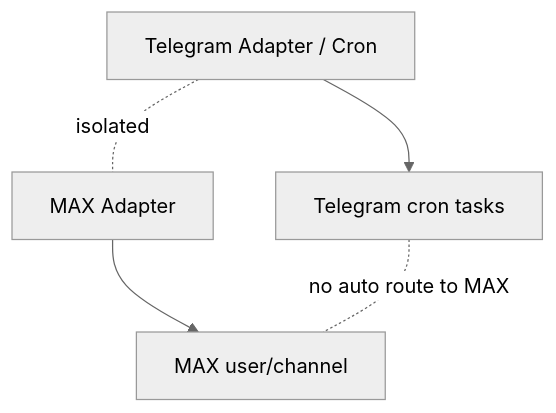
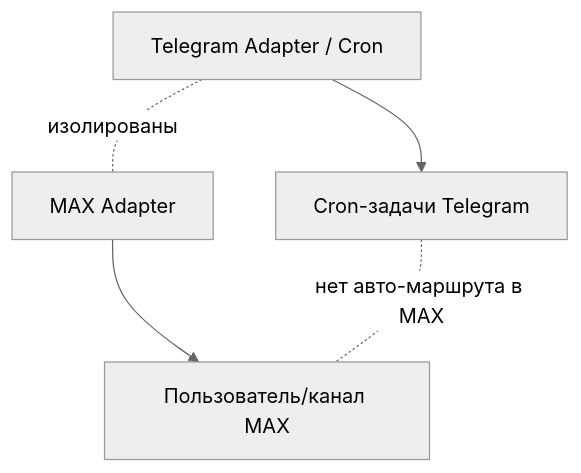
The second of 2 diagrams in README.md (pavelvladimirovich258614-sys/max_hermes_agent_new), drawn with Mermaid (neutral theme) before and after one commit. The commit also changed other lines of this file and 23 other files, not shown here.

````diff
--- a/README.md
+++ b/README.md
@@ -67,7 +80,7 @@
 ```mermaid
 flowchart TB
-    TG[Telegram Adapter / Cron] -. isolated .- MAX[MAX Adapter]
-    TG --> TGCron[Telegram cron tasks]
-    MAX --> MAXUser[MAX user/channel]
-    TGCron -. no auto route to MAX .- MAXUser
+    TG[Telegram Adapter / Cron] -. изолированы .- MAX[MAX Adapter]
+    TG --> TGCron[Cron-задачи Telegram]
+    MAX --> MAXUser[Пользователь/канал MAX]
+    TGCron -. нет авто-маршрута в MAX .- MAXUser
 ```
````
